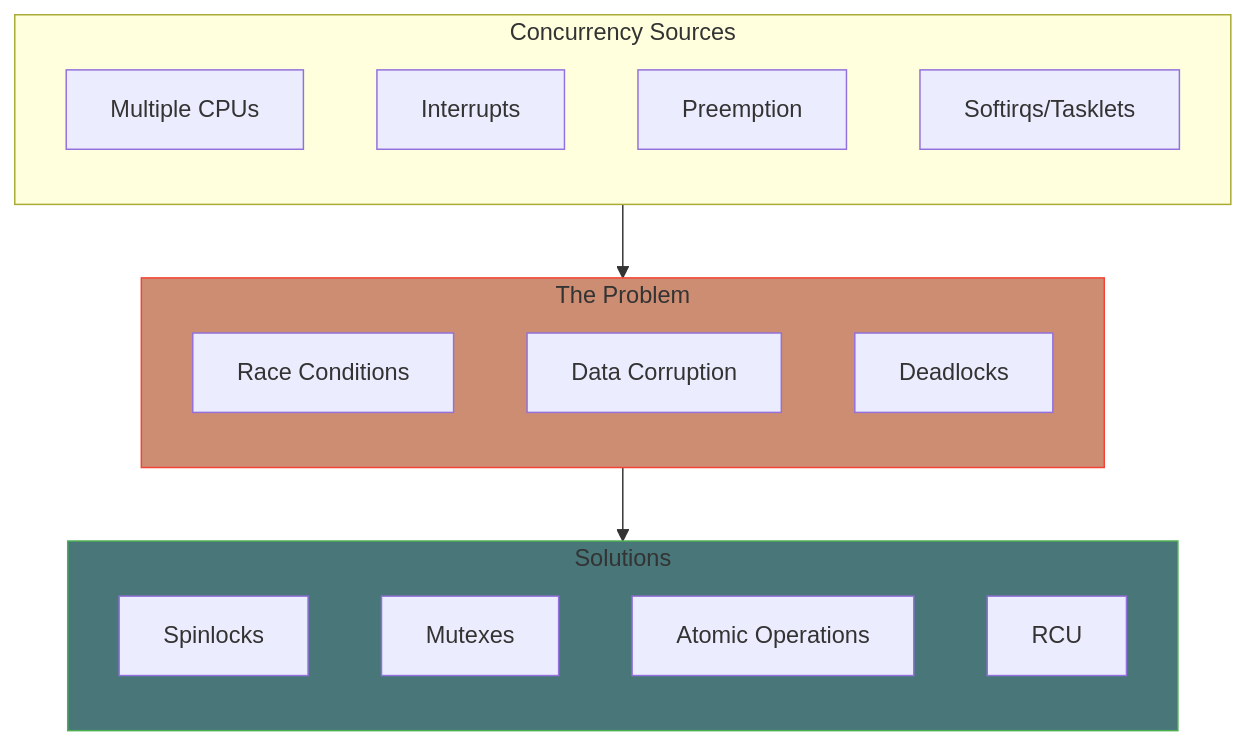
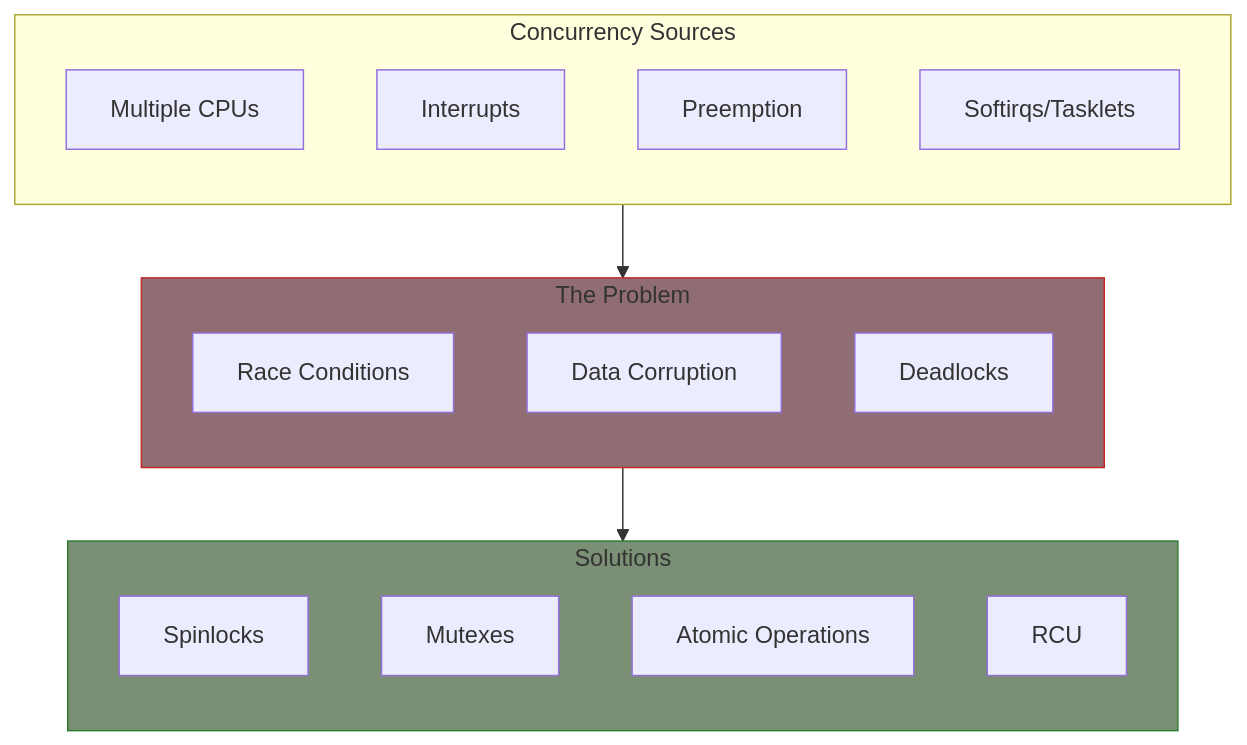
Before and after one commit to MichaelTien8901/linux-driver-guide-tutorial: the first of 2 diagrams in part4/index.md, drawn with Mermaid. The commit also changed other lines of this file and 36 other files, not shown here.

Commit message:
Fix mermaid diagram colors to use consistent paper-like theme

````diff
--- a/part4/index.md
+++ b/part4/index.md
@@ -14,31 +14,31 @@
 ```mermaid
 flowchart TD
     subgraph Sources["Concurrency Sources"]
         direction TB
         SMP["Multiple CPUs"]
         INT["Interrupts"]
         PRE["Preemption"]
         SOFT["Softirqs/Tasklets"]
     end
 
     subgraph Problem["The Problem"]
         direction TB
         Race["Race Conditions"]
         Corrupt["Data Corruption"]
         Dead["Deadlocks"]
     end
 
     subgraph Solutions["Solutions"]
         direction TB
         Spin["Spinlocks"]
         Mutex["Mutexes"]
         Atomic["Atomic Operations"]
         RCU["RCU"]
     end
 
     Sources --> Problem
     Problem --> Solutions
 
-    style Problem fill:#CC8d72,stroke:#f44336
-    style Solutions fill:#487679,stroke:#4caf50
+    style Problem fill:#8f6d72,stroke:#c62828
+    style Solutions fill:#7a8f73,stroke:#2e7d32
 ```
````
